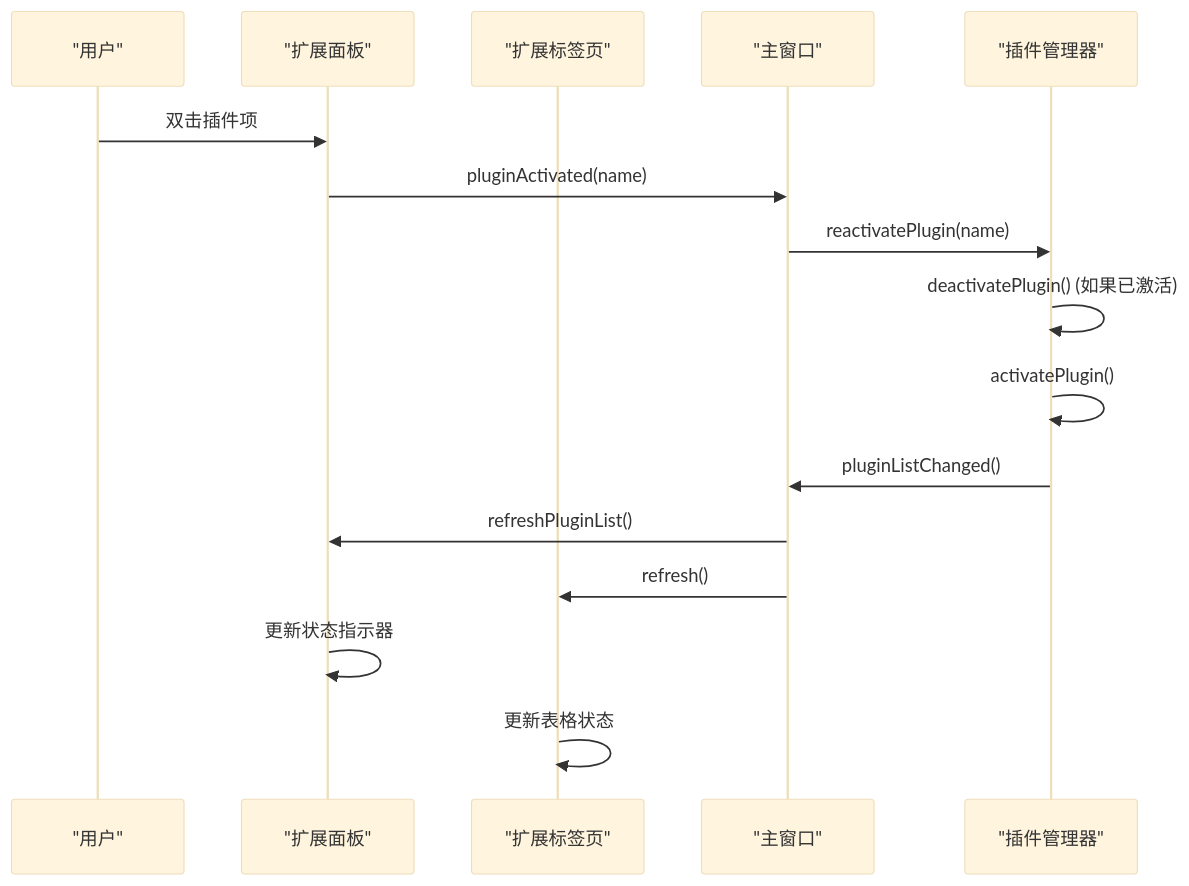
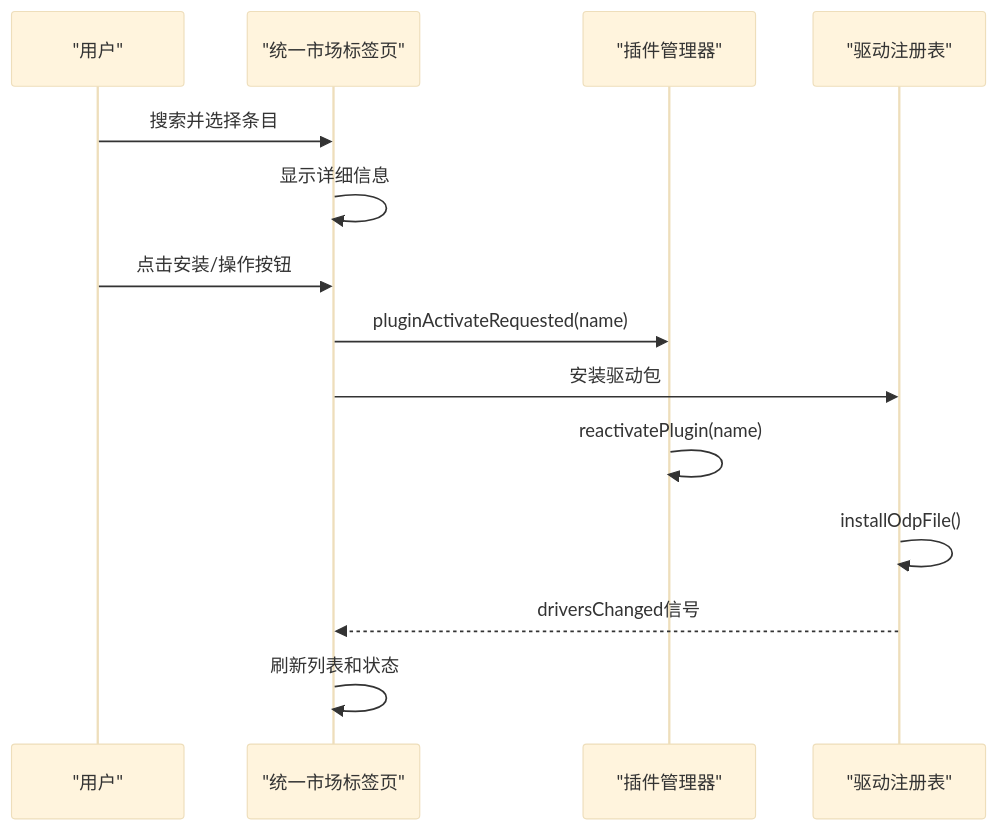
The ninth of 10 diagrams in .qoder/repowiki/zh/content/架构设计/插件系统架构/扩展面板系统.md (jakecai1225-design/OpenBus), drawn with Mermaid (base theme) before and after one commit. The commit also changed other lines of this file and 70 other files, not shown here.

````diff
--- a/.qoder/repowiki/zh/content/架构设计/插件系统架构/扩展面板系统.md
+++ b/.qoder/repowiki/zh/content/架构设计/插件系统架构/扩展面板系统.md
@@ -542,18 +448,16 @@
 ```mermaid
 sequenceDiagram
 participant User as "用户"
-participant EP as "扩展面板"
-participant ET as "扩展标签页"
-participant MW as "主窗口"
+participant MT as "统一市场标签页"
 participant PM as "插件管理器"
-User->>EP : 双击插件项
-EP->>MW : pluginActivated(name)
-MW->>PM : reactivatePlugin(name)
-PM->>PM : deactivatePlugin() (如果已激活)
-PM->>PM : activatePlugin()
-PM->>MW : pluginListChanged()
-MW->>EP : refreshPluginList()
-MW->>ET : refresh()
-EP->>EP : 更新状态指示器
-ET->>ET : 更新表格状态
+participant DR as "驱动注册表"
+User->>MT : 搜索并选择条目
+MT->>MT : 显示详细信息
+User->>MT : 点击安装/操作按钮
+MT->>PM : pluginActivateRequested(name)
+MT->>DR : 安装驱动包
+PM->>PM : reactivatePlugin(name)
+DR->>DR : installOdpFile()
+DR-->>MT : driversChanged信号
+MT->>MT : 刷新列表和状态
 ```
````
